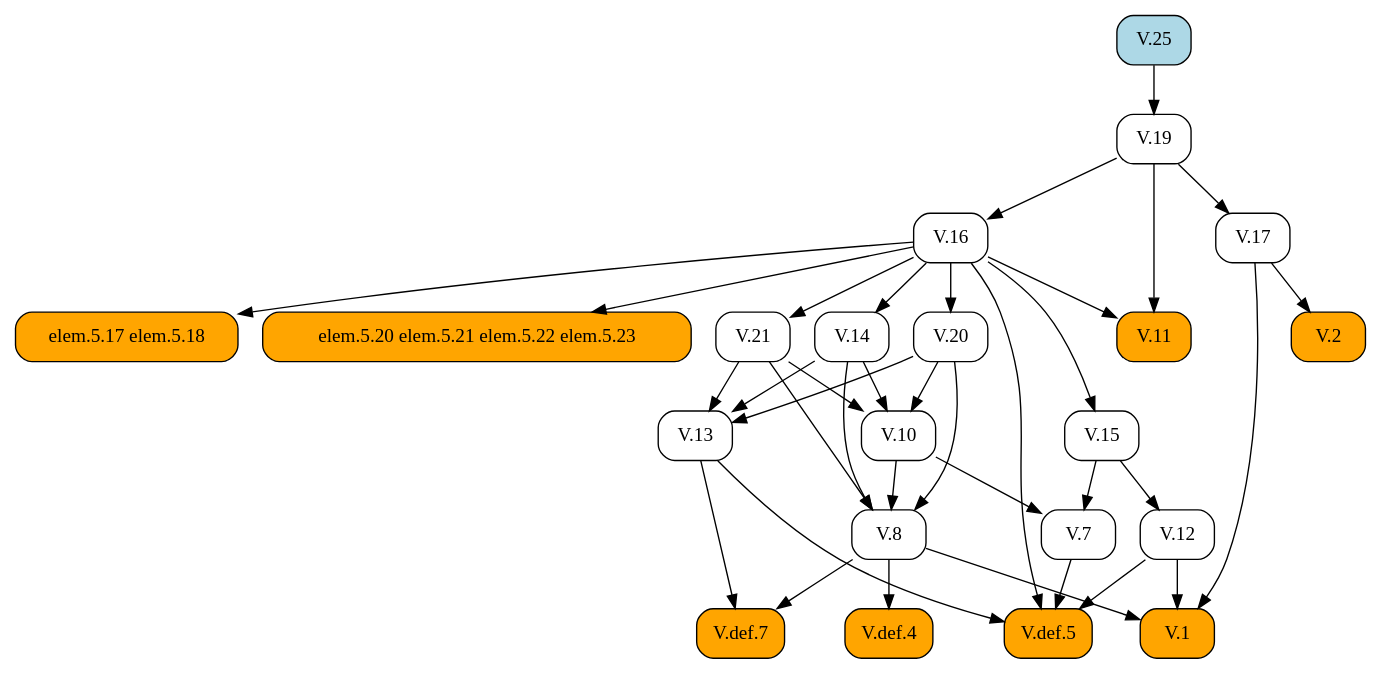
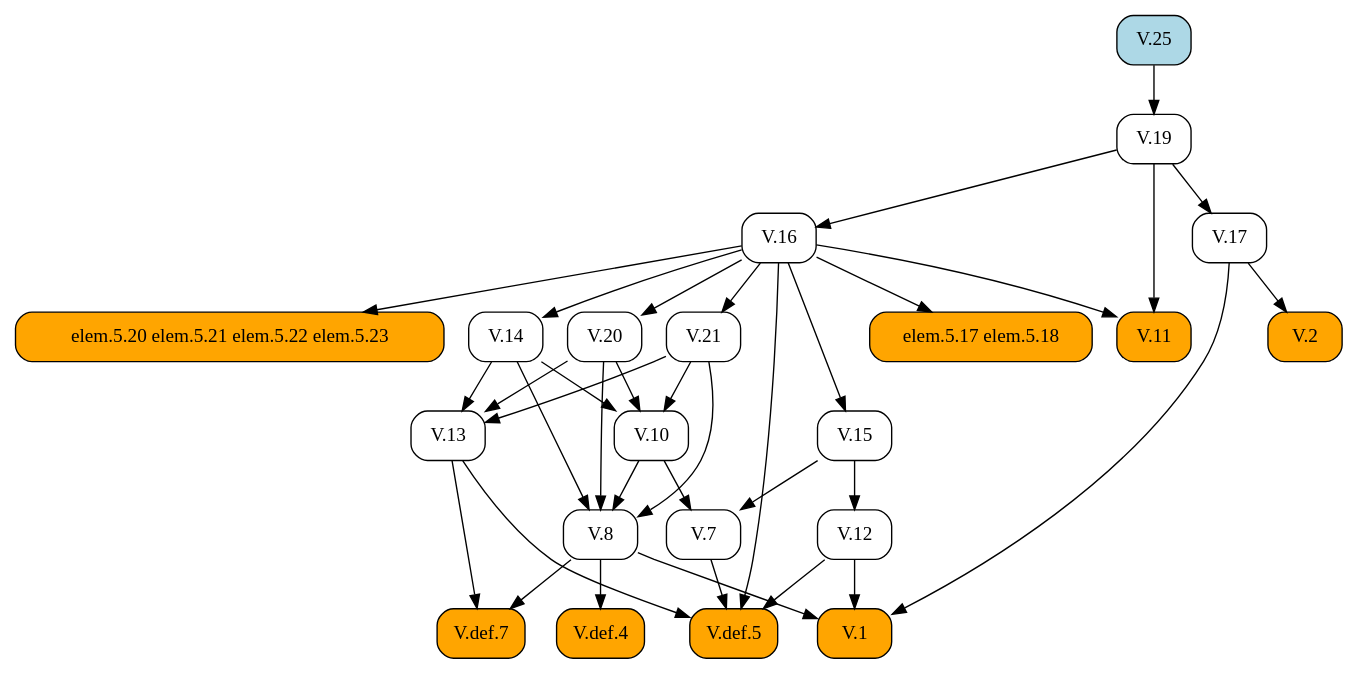
The diagram in docsrc/elements2/V/25/index.rst (geometor/elements), drawn with Graphviz before and after one commit. The commit also changed other lines of this file and 409 other files, not shown here.

First line of the commit message:
feat: Add image cropping and graphic extraction script

```diff
--- a/docsrc/elements2/V/25/index.rst
+++ b/docsrc/elements2/V/25/index.rst
@@ -60,62 +60,62 @@
 .. graphviz::
 
    digraph {
      rankdir="TB";
      node [shape=box, style=rounded];
+     "V.14" [URL="/elements2/V/14/", target="_top"];
+     "elem.5.17 elem.5.18" [style="rounded,filled", fillcolor=orange];
+     "V.21" [URL="/elements2/V/21/", target="_top"];
+     "V.25" [style="rounded,filled", fillcolor=lightblue, URL="/elements2/V/25/", target="_top"];
      "V.20" [URL="/elements2/V/20/", target="_top"];
-     "V.14" [URL="/elements2/V/14/", target="_top"];
      "V.10" [URL="/elements2/V/10/", target="_top"];
-     "V.25" [style="rounded,filled", fillcolor=lightblue, URL="/elements2/V/25/", target="_top"];
-     "V.def.5" [style="rounded,filled", fillcolor=orange, URL="/elements2/V/def.5/", target="_top"];
-     "V.def.4" [style="rounded,filled", fillcolor=orange, URL="/elements2/V/def.4/", target="_top"];
-     "V.2" [style="rounded,filled", fillcolor=orange, URL="/elements2/V/2/", target="_top"];
-     "V.7" [URL="/elements2/V/7/", target="_top"];
-     "elem.5.17 elem.5.18" [style="rounded,filled", fillcolor=orange];
-     "V.13" [URL="/elements2/V/13/", target="_top"];
-     "V.11" [style="rounded,filled", fillcolor=orange, URL="/elements2/V/11/", target="_top"];
-     "V.1" [style="rounded,filled", fillcolor=orange, URL="/elements2/V/1/", target="_top"];
-     "elem.5.20 elem.5.21 elem.5.22 elem.5.23" [style="rounded,filled", fillcolor=orange];
-     "V.12" [URL="/elements2/V/12/", target="_top"];
-     "V.21" [URL="/elements2/V/21/", target="_top"];
      "V.16" [URL="/elements2/V/16/", target="_top"];
-     "V.19" [URL="/elements2/V/19/", target="_top"];
-     "V.15" [URL="/elements2/V/15/", target="_top"];
      "V.8" [URL="/elements2/V/8/", target="_top"];
      "V.def.7" [style="rounded,filled", fillcolor=orange, URL="/elements2/V/def.7/", target="_top"];
+     "V.12" [URL="/elements2/V/12/", target="_top"];
+     "V.11" [style="rounded,filled", fillcolor=orange, URL="/elements2/V/11/", target="_top"];
+     "elem.5.20 elem.5.21 elem.5.22 elem.5.23" [style="rounded,filled", fillcolor=orange];
+     "V.19" [URL="/elements2/V/19/", target="_top"];
+     "V.def.5" [style="rounded,filled", fillcolor=orange, URL="/elements2/V/def.5/", target="_top"];
      "V.17" [URL="/elements2/V/17/", target="_top"];
+     "V.13" [URL="/elements2/V/13/", target="_top"];
+     "V.def.4" [style="rounded,filled", fillcolor=orange, URL="/elements2/V/def.4/", target="_top"];
+     "V.15" [URL="/elements2/V/15/", target="_top"];
+     "V.1" [style="rounded,filled", fillcolor=orange, URL="/elements2/V/1/", target="_top"];
+     "V.7" [URL="/elements2/V/7/", target="_top"];
+     "V.2" [style="rounded,filled", fillcolor=orange, URL="/elements2/V/2/", target="_top"];
+     "V.16" -> "V.14";
+     "V.16" -> "elem.5.17 elem.5.18";
+     "V.16" -> "V.21";
      "V.16" -> "V.20";
-     "V.16" -> "V.14";
      "V.14" -> "V.10";
      "V.20" -> "V.10";
      "V.21" -> "V.10";
-     "V.7" -> "V.def.5";
-     "V.12" -> "V.def.5";
-     "V.13" -> "V.def.5";
-     "V.16" -> "V.def.5";
-     "V.8" -> "V.def.4";
-     "V.17" -> "V.2";
-     "V.10" -> "V.7";
-     "V.15" -> "V.7";
-     "V.16" -> "elem.5.17 elem.5.18";
-     "V.14" -> "V.13";
-     "V.20" -> "V.13";
-     "V.21" -> "V.13";
-     "V.16" -> "V.11";
-     "V.19" -> "V.11";
-     "V.8" -> "V.1";
-     "V.12" -> "V.1";
-     "V.17" -> "V.1";
-     "V.16" -> "elem.5.20 elem.5.21 elem.5.22 elem.5.23";
-     "V.15" -> "V.12";
-     "V.16" -> "V.21";
      "V.19" -> "V.16";
-     "V.25" -> "V.19";
-     "V.16" -> "V.15";
      "V.10" -> "V.8";
      "V.14" -> "V.8";
      "V.20" -> "V.8";
      "V.21" -> "V.8";
      "V.8" -> "V.def.7";
      "V.13" -> "V.def.7";
+     "V.15" -> "V.12";
+     "V.16" -> "V.11";
+     "V.19" -> "V.11";
+     "V.16" -> "elem.5.20 elem.5.21 elem.5.22 elem.5.23";
+     "V.25" -> "V.19";
+     "V.7" -> "V.def.5";
+     "V.12" -> "V.def.5";
+     "V.13" -> "V.def.5";
+     "V.16" -> "V.def.5";
      "V.19" -> "V.17";
+     "V.14" -> "V.13";
+     "V.20" -> "V.13";
+     "V.21" -> "V.13";
+     "V.8" -> "V.def.4";
+     "V.16" -> "V.15";
+     "V.8" -> "V.1";
+     "V.12" -> "V.1";
+     "V.17" -> "V.1";
+     "V.10" -> "V.7";
+     "V.15" -> "V.7";
+     "V.17" -> "V.2";
    }
```
